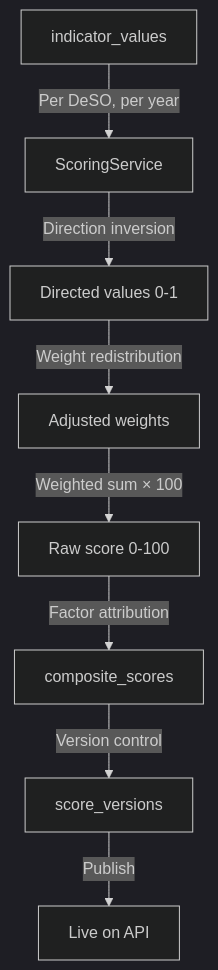
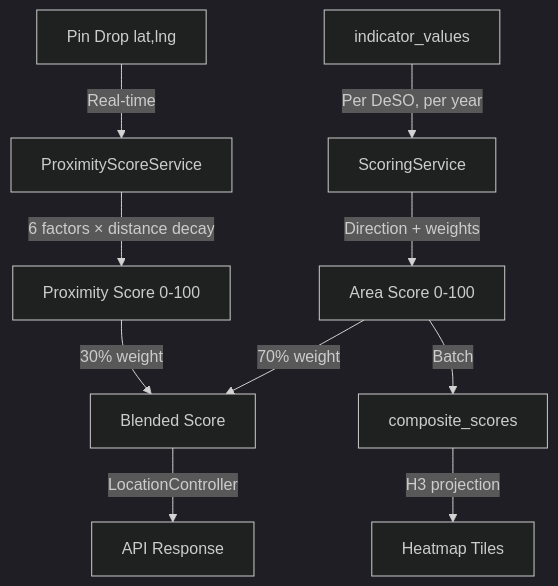
One commit to oxorp/lugn-och-ro changed the diagram in docs/architecture/scoring-engine.md. Above: the diagram before and after it, drawn with Mermaid (dark theme). The commit also changed other lines of this file and 16 other files, not shown here.

First line of the commit message:
docs: proximity scoring, location API, heatmap tiles

````diff
--- a/docs/architecture/scoring-engine.md
+++ b/docs/architecture/scoring-engine.md
@@ -89,10 +155,12 @@
 ```mermaid
 graph TD
     A[indicator_values] -->|Per DeSO, per year| B[ScoringService]
-    B -->|Direction inversion| C[Directed values 0-1]
-    C -->|Weight redistribution| D[Adjusted weights]
-    D -->|Weighted sum × 100| E[Raw score 0-100]
-    E -->|Factor attribution| F[composite_scores]
-    F -->|Version control| G[score_versions]
-    G -->|Publish| H[Live on API]
+    B -->|Direction + weights| C[Area Score 0-100]
+    C -->|70% weight| D[Blended Score]
+    E[Pin Drop lat,lng] -->|Real-time| F[ProximityScoreService]
+    F -->|6 factors × distance decay| G[Proximity Score 0-100]
+    G -->|30% weight| D
+    D -->|LocationController| H[API Response]
+    C -->|Batch| I[composite_scores]
+    I -->|H3 projection| J[Heatmap Tiles]
 ```
````
